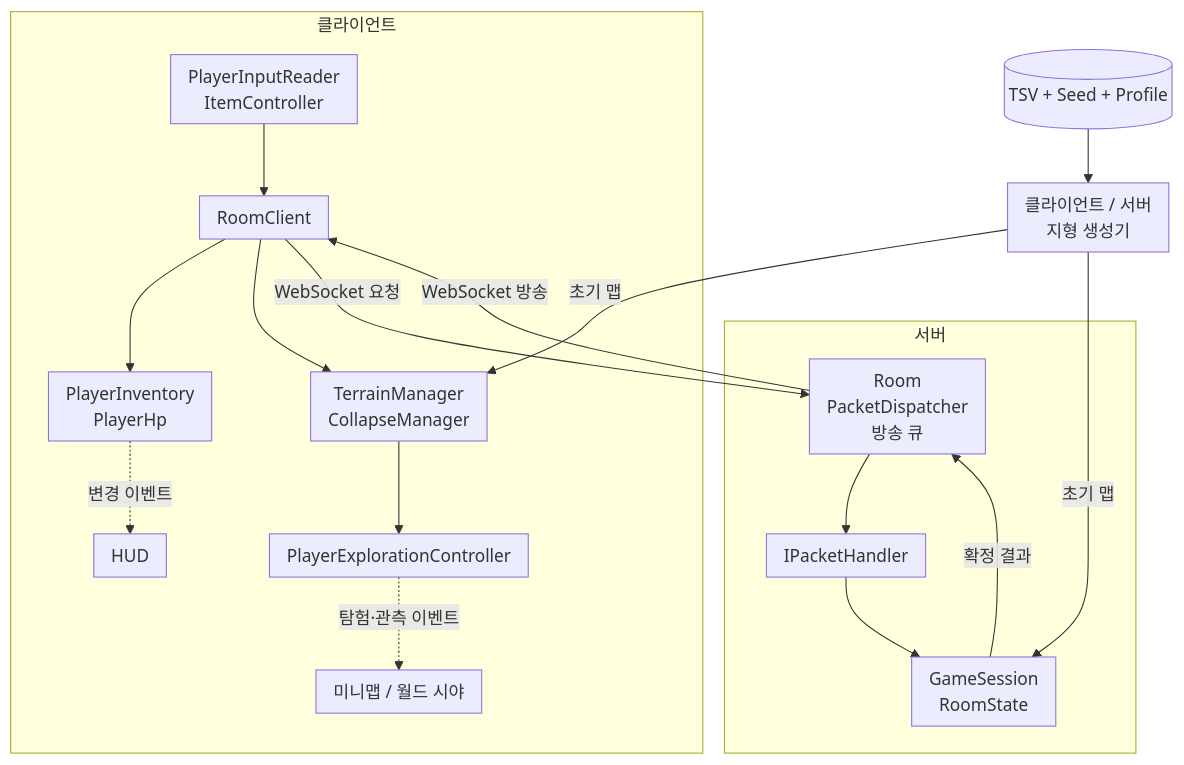
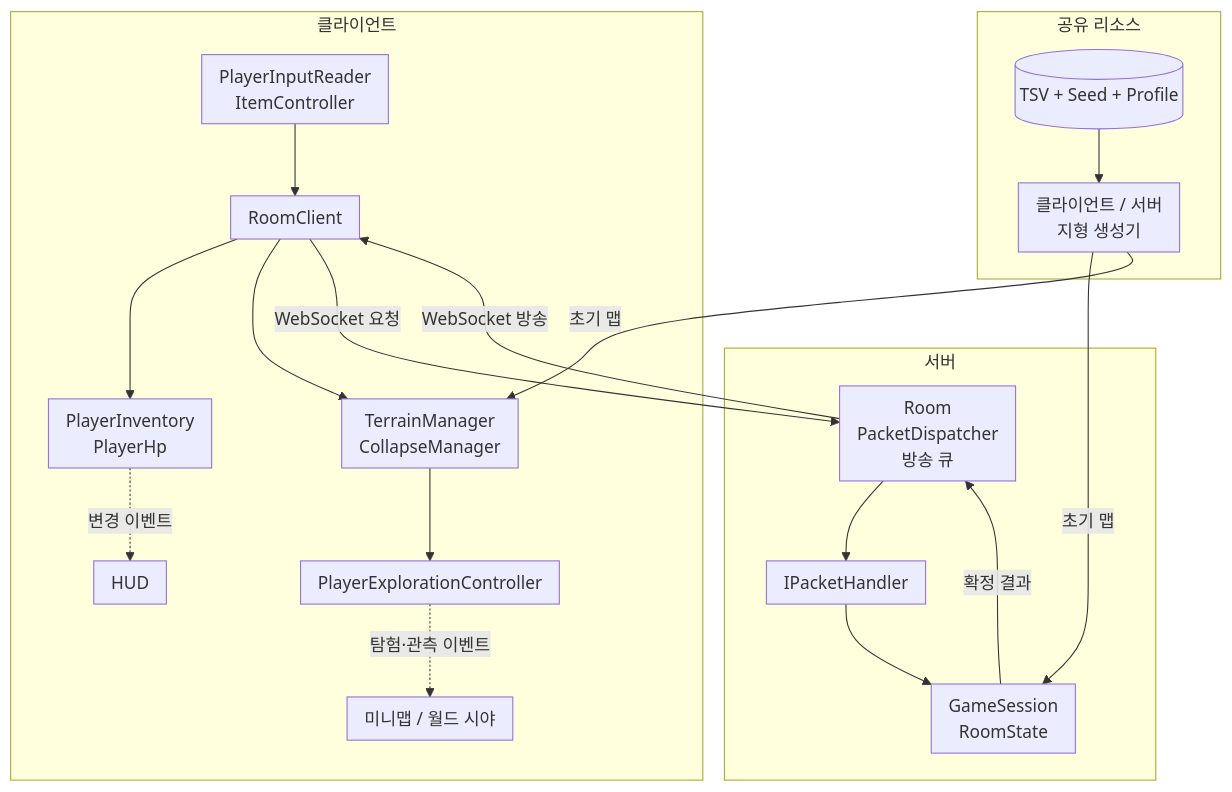
Before and after one commit to keeeery/portfolio: the third of 12 diagrams in src/2-Folk-Sack/TechDoc_FolkSack.md, drawn with Mermaid. The commit also changed 3 other files, not shown here.

Commit message:
프로젝트 문서: ODDITY 시간 제어 범위·데칼 표기, Folk Sack 다이어그램 묶음 다듬기, 데이터·슬라이드 다시 반영

````diff
--- a/src/2-Folk-Sack/TechDoc_FolkSack.md
+++ b/src/2-Folk-Sack/TechDoc_FolkSack.md
@@ -145,26 +145,30 @@
 ```mermaid
 %%{init: {"flowchart": {"padding": 8, "subGraphTitleMargin": {"top": 0, "bottom": 10}}}}%%
 flowchart TB
     subgraph Client["클라이언트"]
         Input["PlayerInputReader<br/>ItemController"]
         Input --> RC["RoomClient"]
         RC --> INV["PlayerInventory<br/>PlayerHp"]
         RC --> TM["TerrainManager<br/>CollapseManager"]
         TM --> EXP["PlayerExplorationController"]
         EXP -.탐험·관측 이벤트.-> Map["미니맵 / 월드 시야"]
         INV -.변경 이벤트.-> HUD["HUD"]
     end
     subgraph Srv["서버"]
         Room["Room<br/>PacketDispatcher<br/>방송 큐"] --> Handler["IPacketHandler"]
         Handler --> GS["GameSession<br/>RoomState"]
         GS -->|확정 결과| Room
     end
-    TSV[("TSV + Seed + Profile")] --> GEN["클라이언트 / 서버<br/>지형 생성기"]
+    subgraph Shared["공유 리소스"]
+        TSV[("TSV + Seed + Profile")] --> GEN["클라이언트 / 서버<br/>지형 생성기"]
+    end
     RC -->|WebSocket 요청| Room
     Room -->|WebSocket 방송| RC
     GEN -->|초기 맵| GS
     GEN -->|초기 맵| TM
 %% 격자: Input RC Room | INV - Handler | HUD - GS | EXP TM GEN | Map - TSV
+%% 묶음 맞춤: Shared = Srv 좌우
+%% 묶음 맞춤: Shared = Client 아래
 %% 화살표 RC -> INV: 나감=아래 들어감=오른쪽
 %% 화살표 GS -> Room: 나감=오른쪽 들어감=오른쪽
 ```
````
